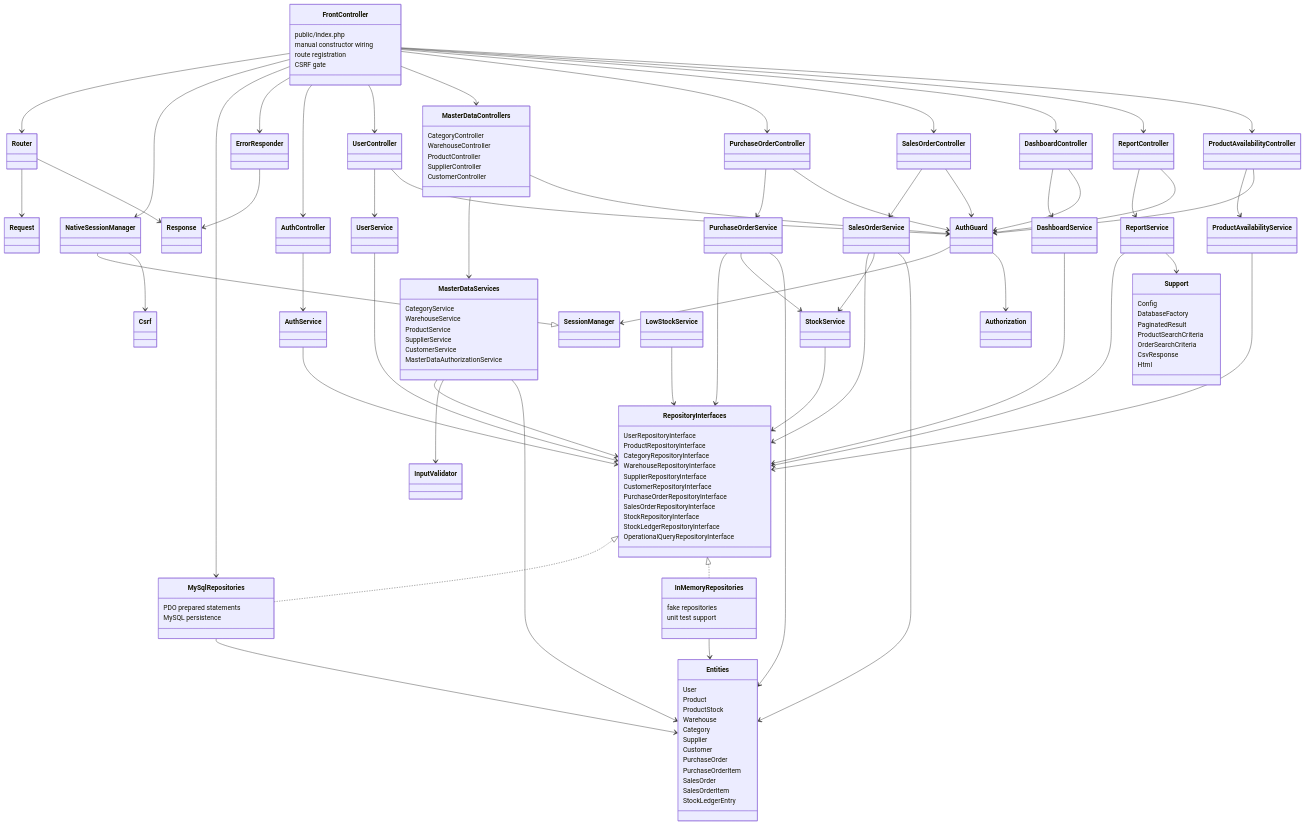
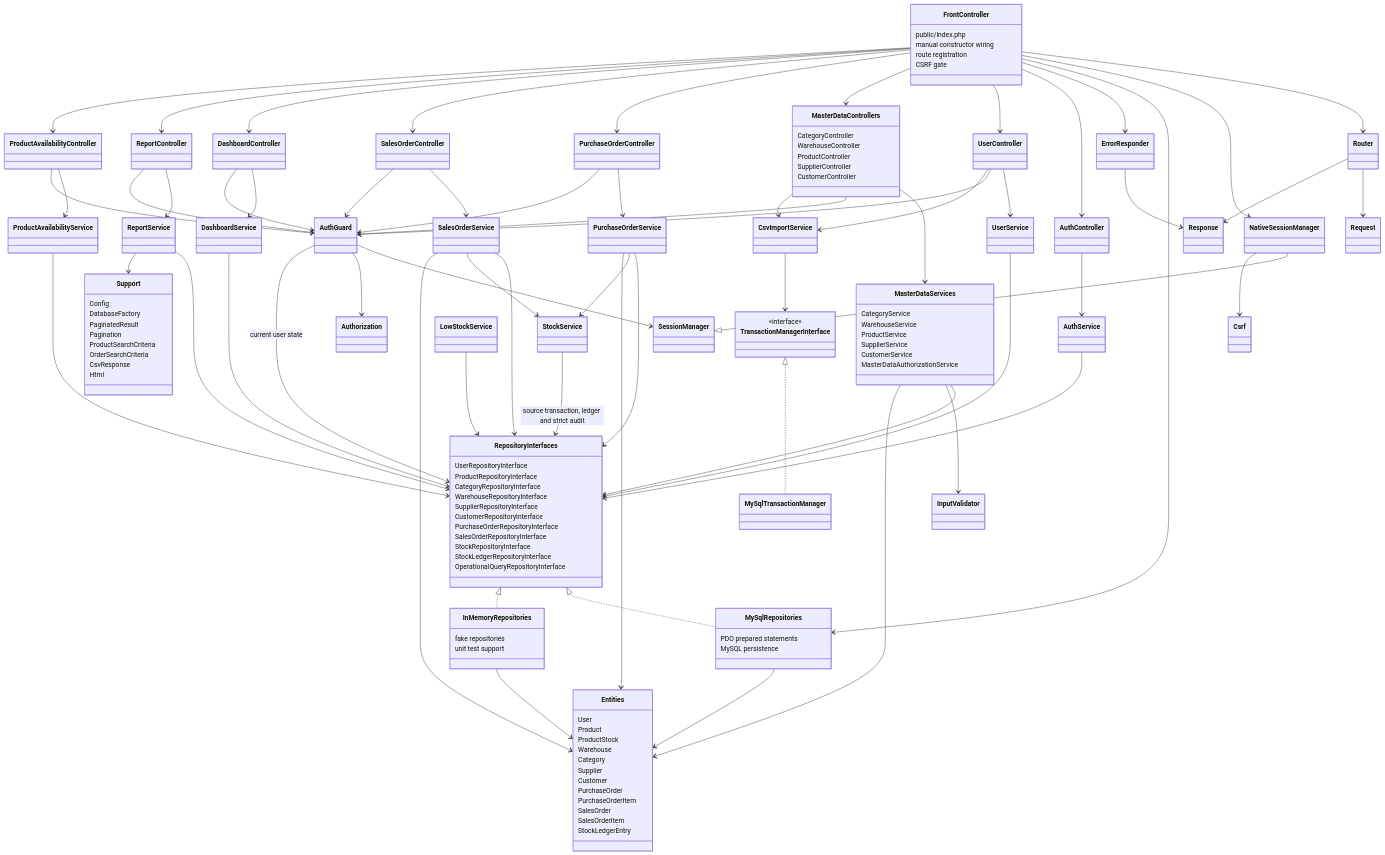
The first of 2 diagrams in docs/architecture/class-diagram-as-built.md (adityaaria/Inventory-Operations), drawn with Mermaid before and after one commit. The commit also changed other lines of this file and 318 other files, not shown here.

```diff
--- a/docs/architecture/class-diagram-as-built.md
+++ b/docs/architecture/class-diagram-as-built.md
@@ -14,6 +16,11 @@
         CSRF gate
     }
 
+    class CsvImportService
+    class TransactionManagerInterface {
+        <<interface>>
+    }
+    class MySqlTransactionManager
     class Router
     class Request
     class Response
@@ -99,6 +106,7 @@
         Config
         DatabaseFactory
         PaginatedResult
+        Pagination
         ProductSearchCriteria
         OrderSearchCriteria
         CsvResponse
@@ -143,6 +151,7 @@
 
     AuthGuard --> SessionManager
     AuthGuard --> Authorization
+    AuthGuard --> RepositoryInterfaces : current user state
     NativeSessionManager --|> SessionManager
     NativeSessionManager --> Csrf
 
@@ -158,7 +167,11 @@
     ProductAvailabilityService --> RepositoryInterfaces
     LowStockService --> RepositoryInterfaces
 
-    StockService --> RepositoryInterfaces
+    StockService --> RepositoryInterfaces : source transaction, ledger and strict audit
+    MasterDataControllers --> CsvImportService
+    UserController --> CsvImportService
+    CsvImportService --> TransactionManagerInterface
+    TransactionManagerInterface <|.. MySqlTransactionManager
     RepositoryInterfaces <|.. MySqlRepositories
     RepositoryInterfaces <|.. InMemoryRepositories
     MySqlRepositories --> Entities
```
